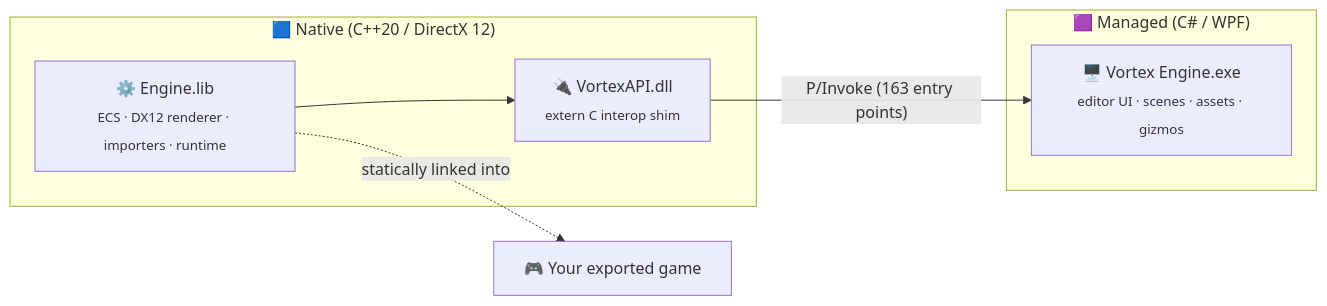
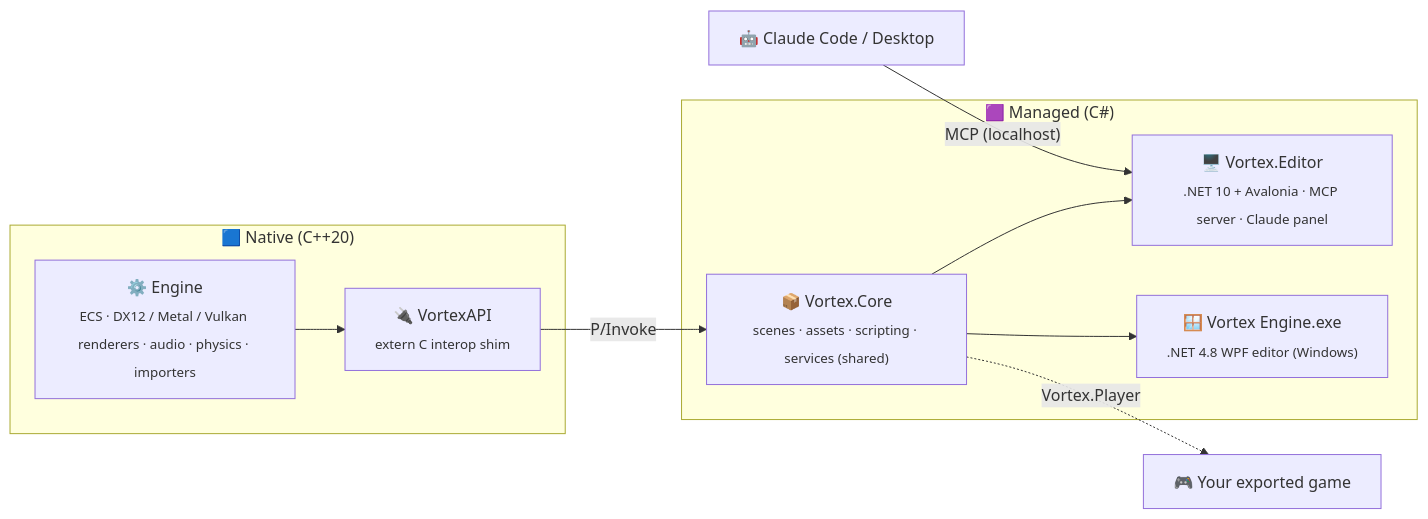
One commit to shadow-kernel/Vortex-Engine changed the diagram in README.md. Above: the diagram before and after it, drawn with Mermaid. The commit also changed other lines of this file and 5 other files, not shown here.

````diff
--- a/README.md
+++ b/README.md
@@ -77,13 +80,18 @@
 ```mermaid
 flowchart LR
-    subgraph Native["🟦 Native (C++20 / DirectX 12)"]
-        ENG["⚙️ Engine.lib<br/><sub>ECS · DX12 renderer · importers · runtime</sub>"]
-        API["🔌 VortexAPI.dll<br/><sub>extern C interop shim</sub>"]
+    subgraph Native["🟦 Native (C++20)"]
+        ENG["⚙️ Engine<br/><sub>ECS · DX12 / Metal / Vulkan renderers · audio · physics · importers</sub>"]
+        API["🔌 VortexAPI<br/><sub>extern C interop shim</sub>"]
         ENG --> API
     end
-    subgraph Managed["🟪 Managed (C# / WPF)"]
-        ED["🖥️ Vortex Engine.exe<br/><sub>editor UI · scenes · assets · gizmos</sub>"]
+    subgraph Managed["🟪 Managed (C#)"]
+        CORE["📦 Vortex.Core<br/><sub>scenes · assets · scripting · services (shared)</sub>"]
+        AV["🖥️ Vortex.Editor<br/><sub>.NET 10 + Avalonia · MCP server · Claude panel</sub>"]
+        WPF["🪟 Vortex Engine.exe<br/><sub>.NET 4.8 WPF editor (Windows)</sub>"]
+        CORE --> AV
+        CORE --> WPF
     end
-    API -- "P/Invoke (163 entry points)" --> ED
-    ENG -. "statically linked into" .-> GAME["🎮 Your exported game"]
+    API -- "P/Invoke" --> CORE
+    CORE -. "Vortex.Player" .-> GAME["🎮 Your exported game"]
+    CLAUDE["🤖 Claude Code / Desktop"] -- "MCP (localhost)" --> AV
 ```
````
